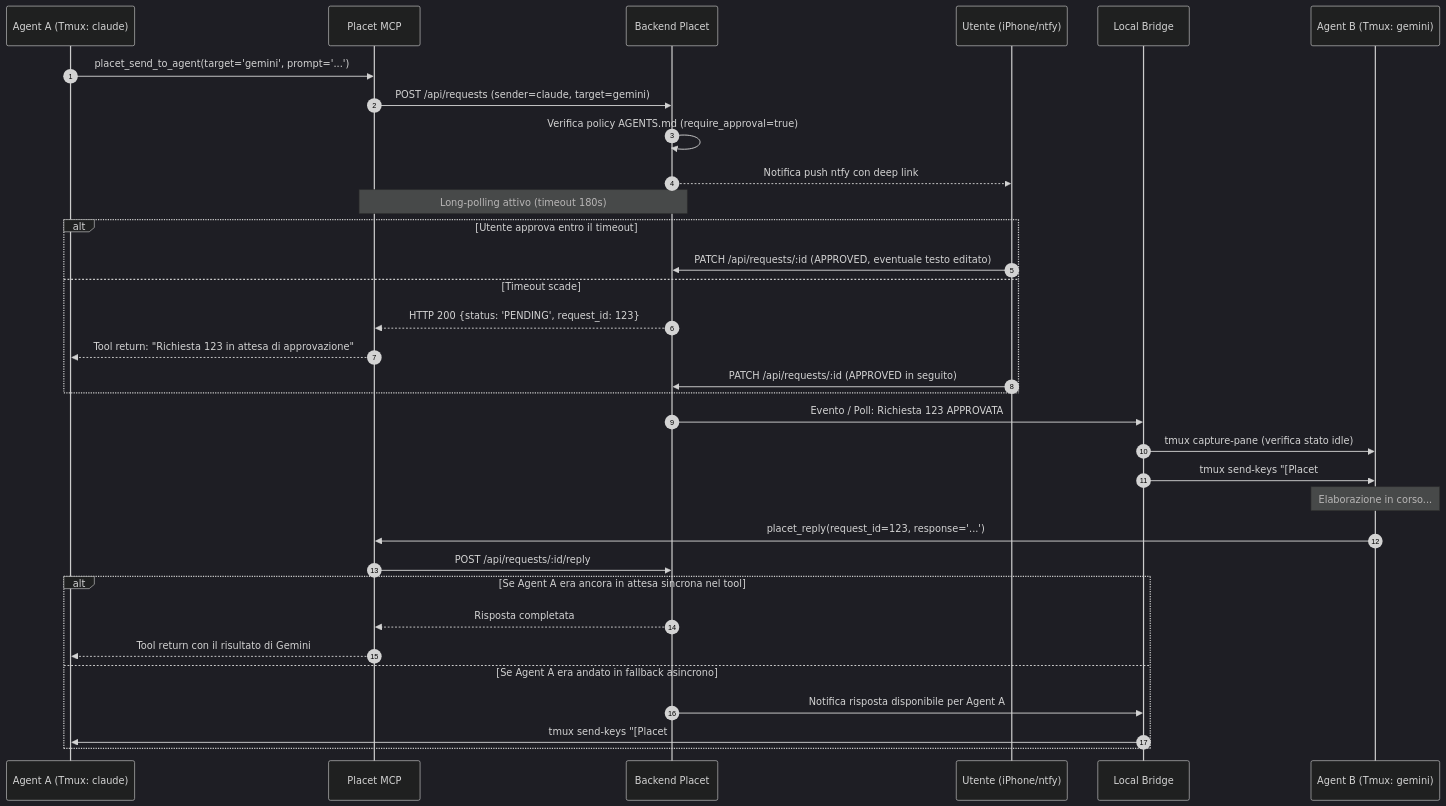
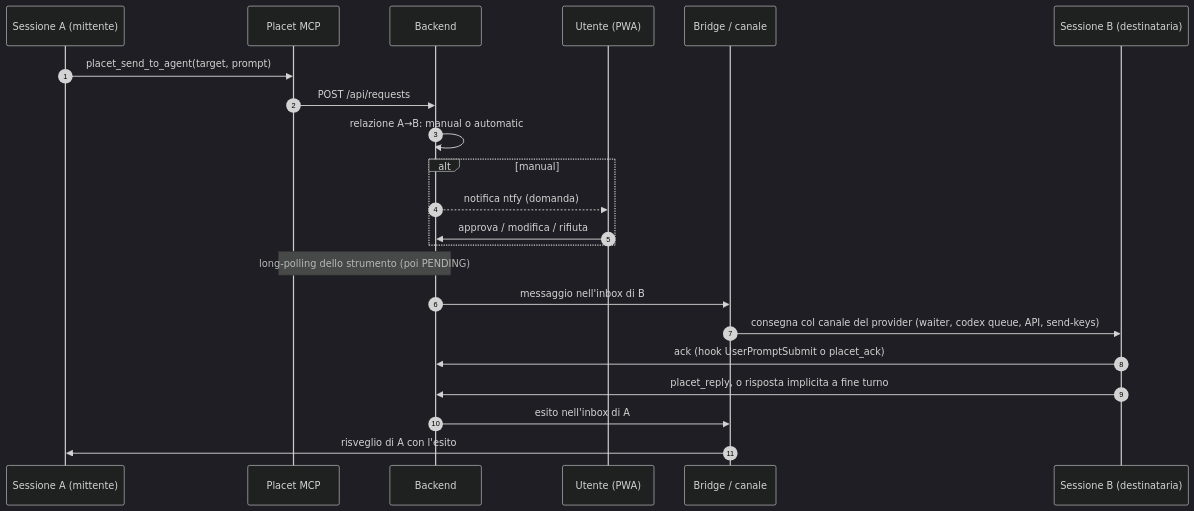
One commit to Pablo-gitub/Placet changed the diagram in ARCHITETTURA.md. Above: the diagram before and after it, drawn with Mermaid (dark theme). The commit also changed other lines of this file and 2 other files, not shown here.

First line of the commit message:
docs: requirements and architecture v2 from the multi-provider lab

````diff
--- a/ARCHITETTURA.md
+++ b/ARCHITETTURA.md
@@ -102,39 +123,25 @@
 ```mermaid
 sequenceDiagram
     autonumber
-    participant A as Agent A (Tmux: claude)
+    participant A as Sessione A (mittente)
     participant M as Placet MCP
-    participant B as Backend Placet
-    participant U as Utente (iPhone/ntfy)
-    participant Br as Local Bridge
-    participant C as Agent B (Tmux: gemini)
+    participant B as Backend
+    participant U as Utente (PWA)
+    participant Br as Bridge / canale
+    participant C as Sessione B (destinataria)
 
-    A->>M: placet_send_to_agent(target='gemini', prompt='...')
-    M->>B: POST /api/requests (sender=claude, target=gemini)
-    B->>B: Verifica policy AGENTS.md (require_approval=true)
-    B-->>U: Notifica push ntfy con deep link
-    Note over M,B: Long-polling attivo (timeout 180s)
-    
-    alt Utente approva entro il timeout
-        U->>B: PATCH /api/requests/:id (APPROVED, eventuale testo editato)
-    else Timeout scade
-        B-->>M: HTTP 200 {status: 'PENDING', request_id: 123}
-        M-->>A: Tool return: "Richiesta 123 in attesa di approvazione"
-        U->>B: PATCH /api/requests/:id (APPROVED in seguito)
+    A->>M: placet_send_to_agent(target, prompt)
+    M->>B: POST /api/requests
+    B->>B: relazione A→B: manual o automatic
+    alt manual
+        B-->>U: notifica ntfy (domanda)
+        U->>B: approva / modifica / rifiuta
     end
-
-    B->>Br: Evento / Poll: Richiesta 123 APPROVATA
-    Br->>C: tmux capture-pane (verifica stato idle)
-    Br->>C: tmux send-keys "[Placet #123]: prompt..." Enter
-    Note over C: Elaborazione in corso...
-    C->>M: placet_reply(request_id=123, response='...')
-    M->>B: POST /api/requests/:id/reply
-    
-    alt Se Agent A era ancora in attesa sincrona nel tool
-        B-->>M: Risposta completata
-        M-->>A: Tool return con il risultato di Gemini
-    else Se Agent A era andato in fallback asincrono
-        B->>Br: Notifica risposta disponibile per Agent A
-        Br->>A: tmux send-keys "[Placet #123 Risposta da Gemini]: ..." Enter
-    end
+    Note over M,B: long-polling dello strumento (poi PENDING)
+    B->>Br: messaggio nell'inbox di B
+    Br->>C: consegna col canale del provider (waiter, codex queue, API, send-keys)
+    C->>B: ack (hook UserPromptSubmit o placet_ack)
+    C->>B: placet_reply, o risposta implicita a fine turno
+    B->>Br: esito nell'inbox di A
+    Br->>A: risveglio di A con l'esito
 ```
````
